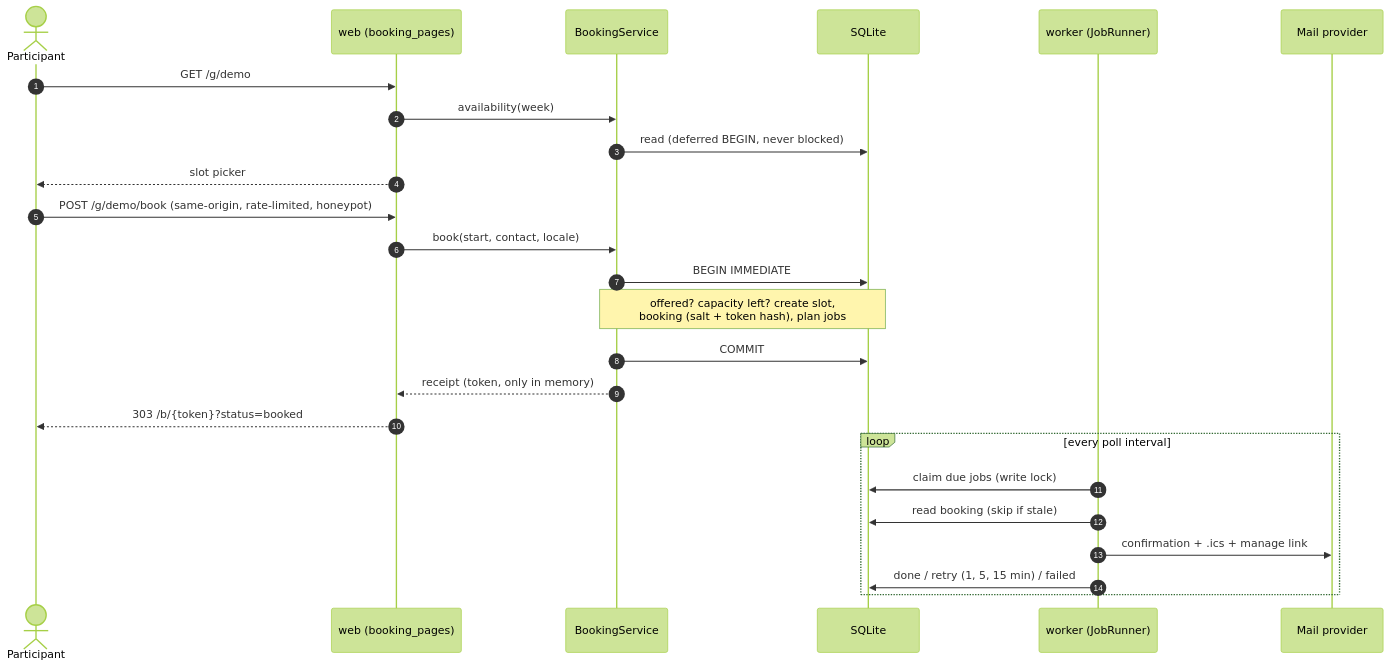
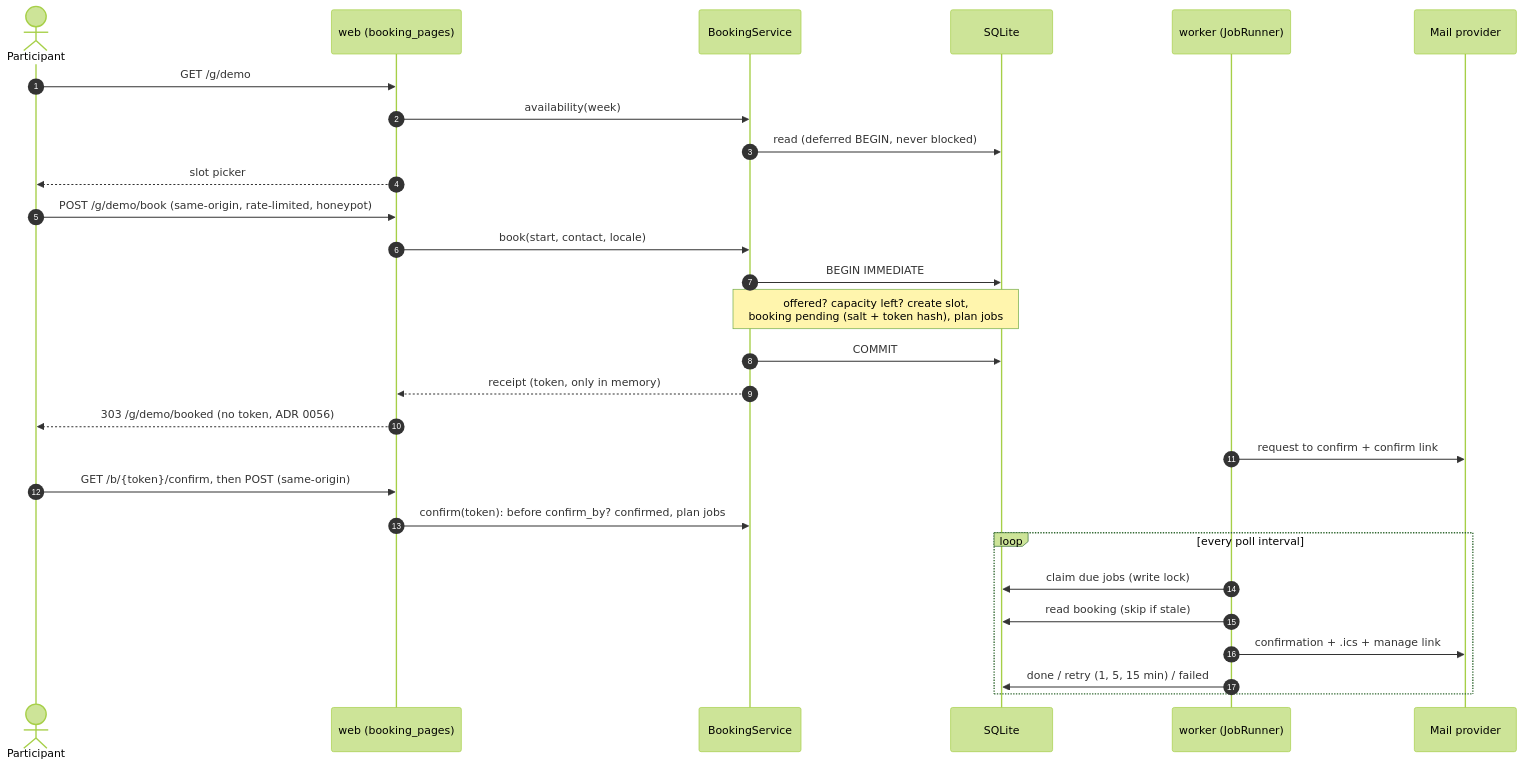
Before and after one commit to 3Corners-Labs/OpenPlanner: the sixth of 14 diagrams in docs/architecture.md, drawn with Mermaid (forest theme). The commit also changed other lines of this file and 47 other files, not shown here.

First line of the commit message:
feat(booking): confirm a booking by email link, persistence and pages (ADR 0056 step 2)

````diff
--- a/docs/architecture.md
+++ b/docs/architecture.md
@@ -409,28 +409,31 @@
 ```mermaid
 sequenceDiagram
     autonumber
     actor C as Participant
     participant W as web (booking_pages)
     participant S as BookingService
     participant DB as SQLite
     participant K as worker (JobRunner)
     participant M as Mail provider
 
     C->>W: GET /g/demo
     W->>S: availability(week)
     S->>DB: read (deferred BEGIN, never blocked)
     W-->>C: slot picker
     C->>W: POST /g/demo/book (same-origin, rate-limited, honeypot)
     W->>S: book(start, contact, locale)
     S->>DB: BEGIN IMMEDIATE
-    Note over S,DB: offered? capacity left? create slot,<br/>booking (salt + token hash), plan jobs
+    Note over S,DB: offered? capacity left? create slot,<br/>booking pending (salt + token hash), plan jobs
     S->>DB: COMMIT
     S-->>W: receipt (token, only in memory)
-    W-->>C: 303 /b/{token}?status=booked
+    W-->>C: 303 /g/demo/booked (no token, ADR 0056)
+    K->>M: request to confirm + confirm link
+    C->>W: GET /b/{token}/confirm, then POST (same-origin)
+    W->>S: confirm(token): before confirm_by? confirmed, plan jobs
     loop every poll interval
         K->>DB: claim due jobs (write lock)
         K->>DB: read booking (skip if stale)
         K->>M: confirmation + .ics + manage link
         K->>DB: done / retry (1, 5, 15 min) / failed
     end
 ```
````
